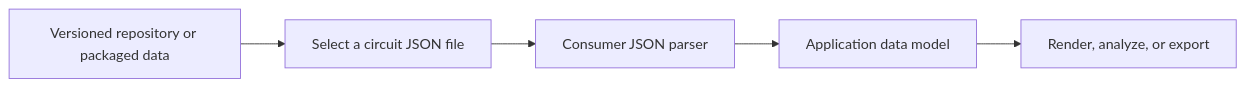
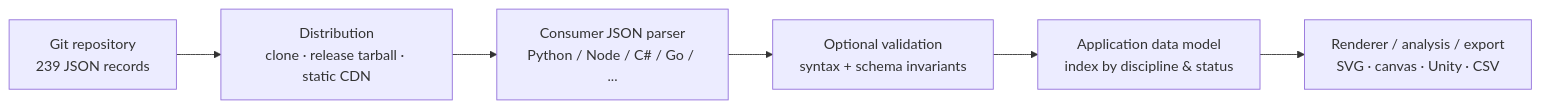
One commit to GameDev-Toolkit/global-motorsport-circuits-json changed the first of 3 diagrams in README.md. Above: the diagram before and after it, drawn with Mermaid. The commit also changed other lines of this file, not shown here.

````diff
--- a/README.md
+++ b/README.md
@@ -125,7 +229,8 @@
 ```mermaid
 flowchart LR
-    A[Versioned repository or packaged data] --> B[Select a circuit JSON file]
-    B --> C[Consumer JSON parser]
-    C --> D[Application data model]
-    D --> E[Render, analyze, or export]
+    A["Git repository<br/>239 JSON records"] --> B["Distribution<br/>clone · release tarball · static CDN"]
+    B --> C["Consumer JSON parser<br/>Python / Node / C# / Go / ..."]
+    C --> D["Optional validation<br/>syntax + schema invariants"]
+    D --> E["Application data model<br/>index by discipline & status"]
+    E --> F["Renderer / analysis / export<br/>SVG · canvas · Unity · CSV"]
 ```
````
